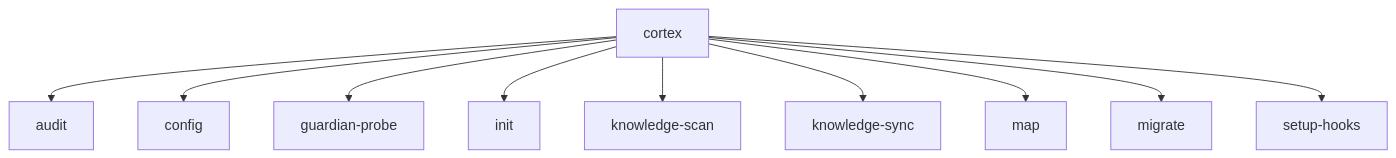
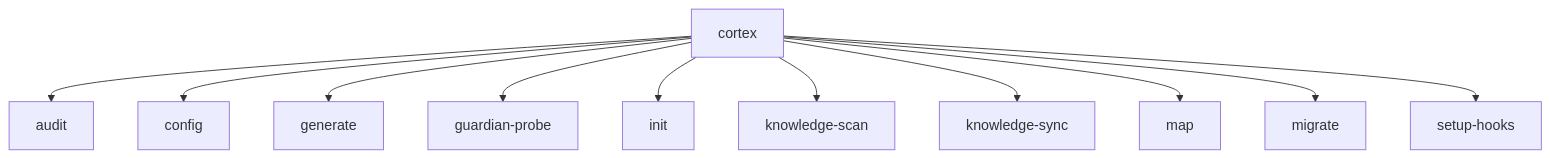
Before and after one commit to Ismael-1712/python-template-profissional: the diagram in docs/reference/CLI_COMMANDS.md, drawn with Mermaid. The commit also changed other lines of this file and 9 other files, not shown here.

````diff
--- a/docs/reference/CLI_COMMANDS.md
+++ b/docs/reference/CLI_COMMANDS.md
@@ -551,12 +592,13 @@
 ```mermaid
 graph TD
   cortex[cortex] --> audit[audit]
   cortex[cortex] --> config[config]
+  cortex[cortex] --> generate[generate]
   cortex[cortex] --> guardianprobe[guardian-probe]
   cortex[cortex] --> init[init]
   cortex[cortex] --> knowledgescan[knowledge-scan]
   cortex[cortex] --> knowledgesync[knowledge-sync]
   cortex[cortex] --> map[map]
   cortex[cortex] --> migrate[migrate]
   cortex[cortex] --> setuphooks[setup-hooks]
 ```
````
